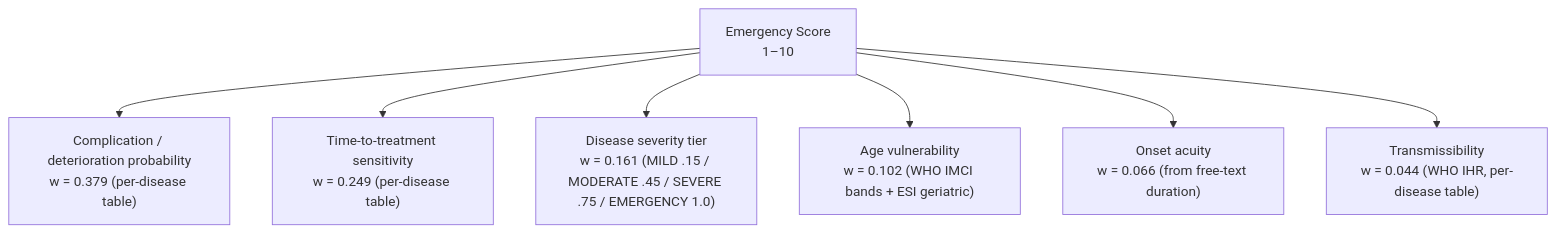
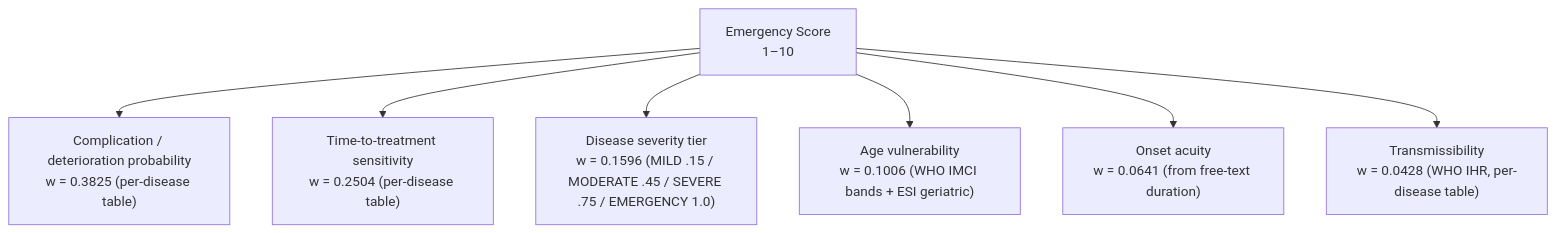
Before and after one commit to Rishii-10/GMU: the fourth of 8 diagrams in triage-poc/rule_engine_design_final.md, drawn with Mermaid. The commit also changed other lines of this file and 30 other files, not shown here.

````diff
--- a/triage-poc/rule_engine_design_final.md
+++ b/triage-poc/rule_engine_design_final.md
@@ -191,17 +191,17 @@
 ```mermaid
 graph TD
     ROOT["Emergency Score\n1–10"]
-    A1["Complication / deterioration probability\nw = 0.379 (per-disease table)"]
-    A2["Time-to-treatment sensitivity\nw = 0.249 (per-disease table)"]
-    A3["Disease severity tier\nw = 0.161 (MILD .15 / MODERATE .45 / SEVERE .75 / EMERGENCY 1.0)"]
-    A4["Age vulnerability\nw = 0.102 (WHO IMCI bands + ESI geriatric)"]
-    A5["Onset acuity\nw = 0.066 (from free-text duration)"]
-    A6["Transmissibility\nw = 0.044 (WHO IHR, per-disease table)"]
+    A1["Complication / deterioration probability\nw = 0.3825 (per-disease table)"]
+    A2["Time-to-treatment sensitivity\nw = 0.2504 (per-disease table)"]
+    A3["Disease severity tier\nw = 0.1596 (MILD .15 / MODERATE .45 / SEVERE .75 / EMERGENCY 1.0)"]
+    A4["Age vulnerability\nw = 0.1006 (WHO IMCI bands + ESI geriatric)"]
+    A5["Onset acuity\nw = 0.0641 (from free-text duration)"]
+    A6["Transmissibility\nw = 0.0428 (WHO IHR, per-disease table)"]
 
     ROOT --> A1
     ROOT --> A2
     ROOT --> A3
     ROOT --> A4
     ROOT --> A5
     ROOT --> A6
 ```
````
